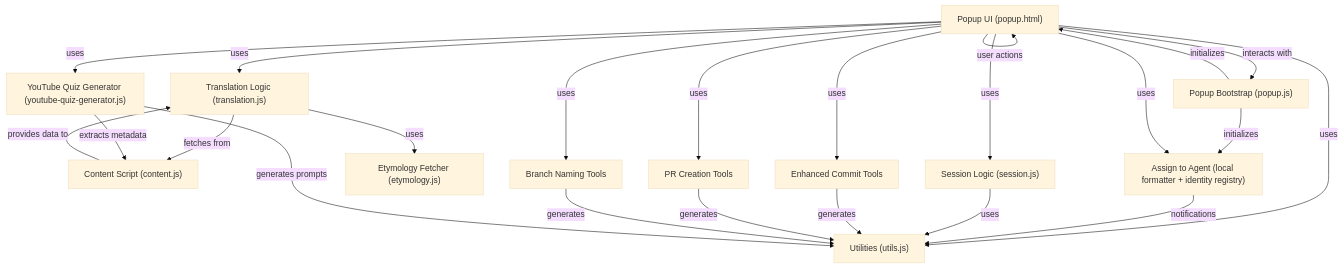
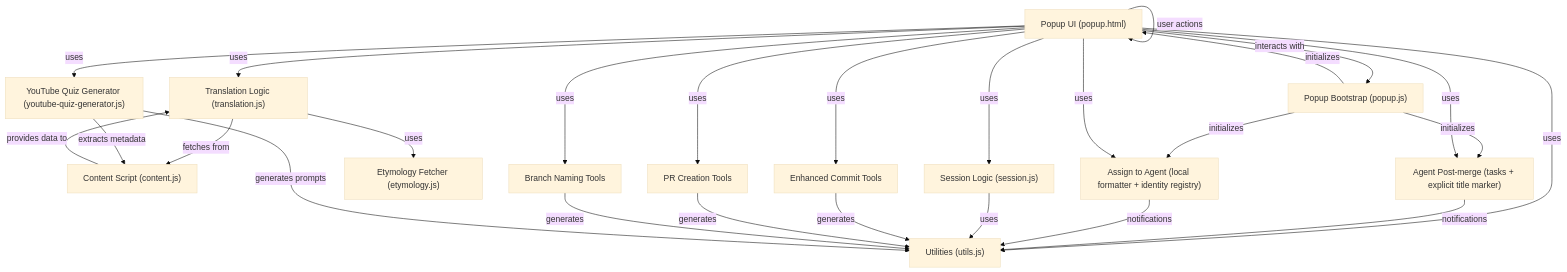
The first of 5 diagrams in README.md (HsiehShuJeng/scott-edge-extensions), drawn with Mermaid (base theme) before and after one commit. The commit also changed other lines of this file and 9 other files, not shown here.

First line of the commit message:
feat(programming): refine post-merge modes

````diff
--- a/README.md
+++ b/README.md
@@ -56,38 +56,42 @@
 ```mermaid
 flowchart TD
     UI["Popup UI (popup.html)"]
     ContentScript["Content Script (content.js)"]
     Session["Session Logic (session.js)"]
     Translation["Translation Logic (translation.js)"]
     Etymology["Etymology Fetcher (etymology.js)"]
     Utils["Utilities (utils.js)"]
     PopupJS["Popup Bootstrap (popup.js)"]
     CommitTools["Enhanced Commit Tools"]
     PRTools["PR Creation Tools"]
     BranchTools["Branch Naming Tools"]
     AssignTools["Assign to Agent (local formatter + identity registry)"]
+    PostMerge["Agent Post-merge (tasks + explicit title marker)"]
     YouTubeQuiz["YouTube Quiz Generator (youtube-quiz-generator.js)"]
 
     UI -- interacts with --> PopupJS
     PopupJS -- initializes --> UI
     UI -- uses --> Session
     UI -- uses --> Translation
     UI -- uses --> Utils
     UI -- uses --> CommitTools
     UI -- uses --> PRTools
     UI -- uses --> BranchTools
     PopupJS -- initializes --> AssignTools
+    PopupJS -- initializes --> PostMerge
+    UI -- uses --> PostMerge
+    PostMerge -- notifications --> Utils
     UI -- uses --> AssignTools
     AssignTools -- notifications --> Utils
     UI -- uses --> YouTubeQuiz
     Translation -- uses --> Etymology
     Translation -- fetches from --> ContentScript
     Session -- uses --> Utils
     ContentScript -- provides data to --> Translation
     CommitTools -- generates --> Utils
     PRTools -- generates --> Utils
     BranchTools -- generates --> Utils
     YouTubeQuiz -- extracts metadata --> ContentScript
     YouTubeQuiz -- generates prompts --> Utils
     UI -- user actions --> UI
 ```
````
